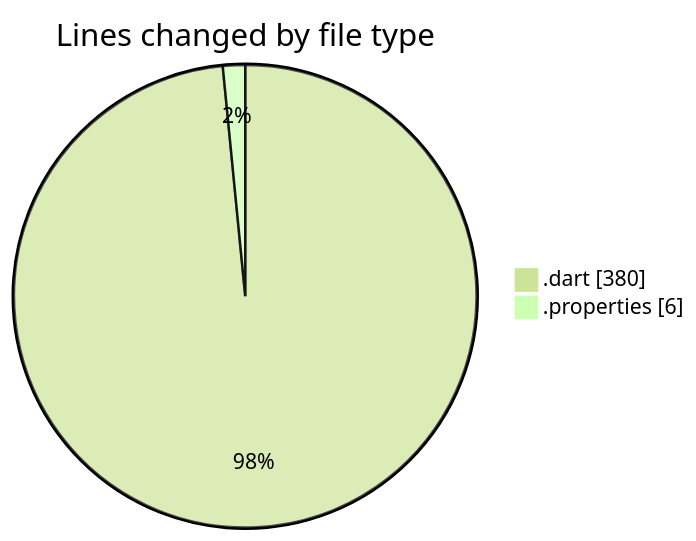
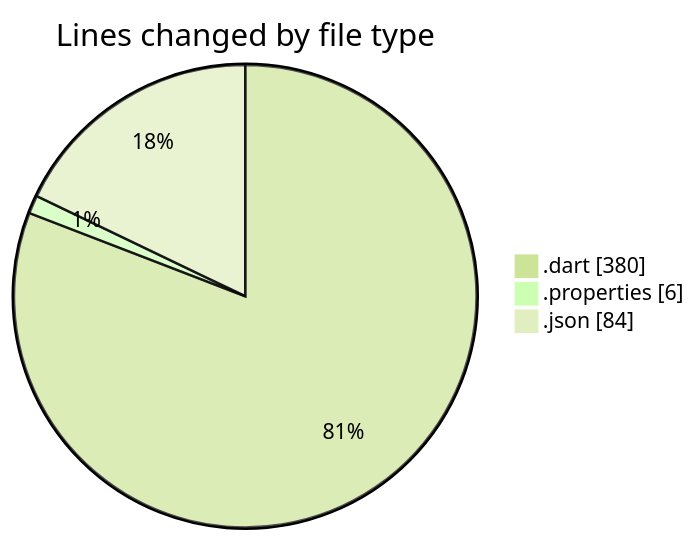
One commit to donsfak/code-tracking changed the first of 2 diagrams in 2025-01-09/maps_clone/README.md. Above: the diagram before and after it, drawn with Mermaid (forest theme). The commit also changed other lines of this file and 1 other file, not shown here.

````diff
--- a/2025-01-09/maps_clone/README.md
+++ b/2025-01-09/maps_clone/README.md
@@ -21,6 +22,7 @@
 ```mermaid
 pie showData
 title Lines changed by file type
 ".dart" : 380
 ".properties" : 6
+".json" : 84
 ```
````
